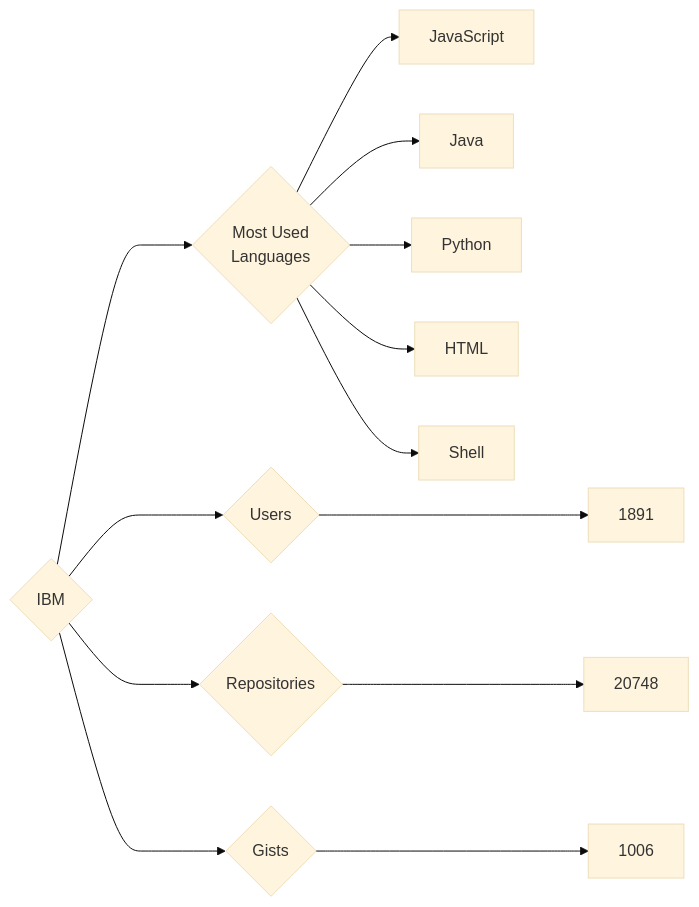
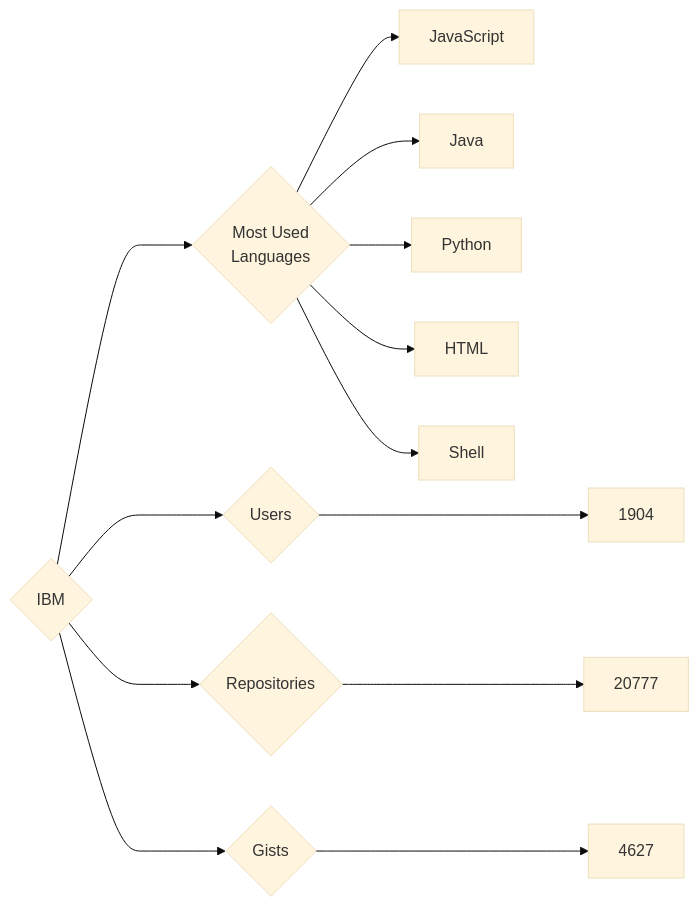
Before and after one commit to trickest/insiders: the diagram in targets/IBM/README.md, drawn with Mermaid (base theme). The commit also changed 636 other files, not shown here.

````diff
--- a/targets/IBM/README.md
+++ b/targets/IBM/README.md
@@ -3,13 +3,13 @@
 ```mermaid
 graph LR
 COMPANY_NAME{IBM}
-COMPANY_NAME ---> U{Users} ---> UN[1891]
-COMPANY_NAME ---> R{Repositories} ---> RN[20748]
-COMPANY_NAME ---> G{Gists} ---> GN[1006]
+COMPANY_NAME ---> U{Users} ---> UN[1904]
+COMPANY_NAME ---> R{Repositories} ---> RN[20777]
+COMPANY_NAME ---> G{Gists} ---> GN[4627]
 COMPANY_NAME ---> ML{Most Used<br>Languages}
 ML --> JavaScript[JavaScript]
 ML --> Java[Java]
 ML --> Python[Python]
 ML --> HTML[HTML]
 ML --> Shell[Shell]
 ```
````
